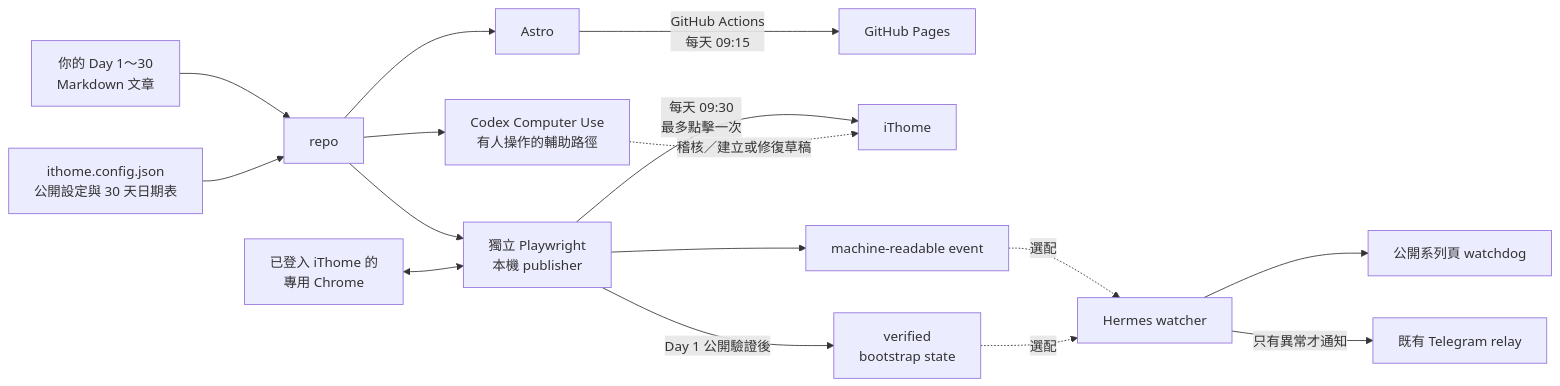
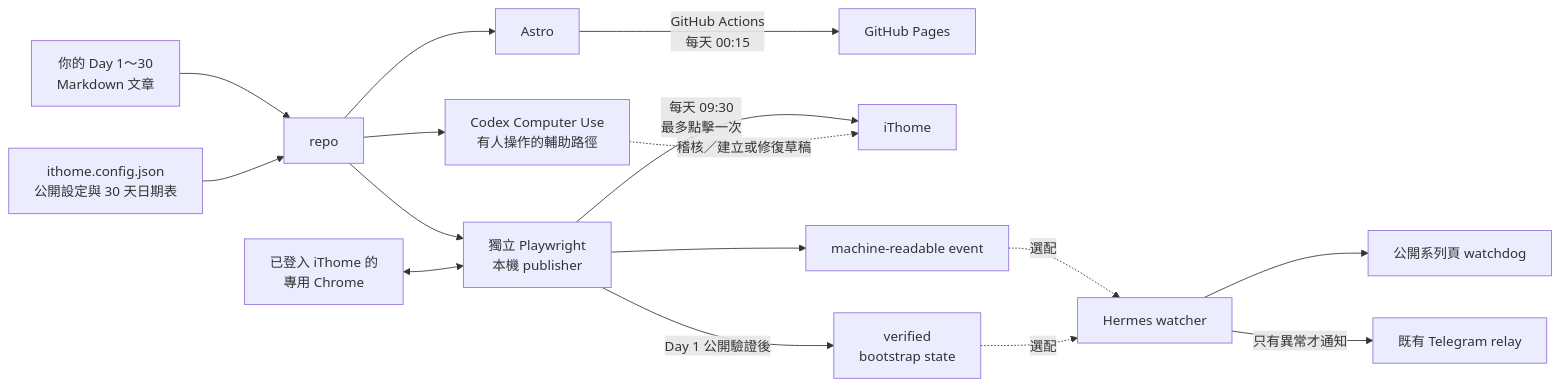
Before and after one commit to gcake119/ithome-2026: the diagram in README.md, drawn with Mermaid. The commit also changed other lines of this file, not shown here.

````diff
--- a/README.md
+++ b/README.md
@@ -48,22 +134,22 @@
 ```mermaid
 flowchart LR
     A[你的 Day 1～30<br/>Markdown 文章] --> C[repo]
     B[ithome.config.json<br/>公開設定與 30 天日期表] --> C
 
     C --> D[Astro]
-    D -->|GitHub Actions<br/>每天 09:15| E[GitHub Pages]
+    D -->|GitHub Actions<br/>每天 00:15| E[GitHub Pages]
 
     C --> F[獨立 Playwright<br/>本機 publisher]
     G[已登入 iThome 的<br/>專用 Chrome] <--> F
     F -->|每天 09:30<br/>最多點擊一次| H[iThome]
 
     C --> N[Codex Computer Use<br/>有人操作的輔助路徑]
     N -. 稽核／建立或修復草稿 .-> H
 
     F --> I[machine-readable event]
     F -->|Day 1 公開驗證後| J[verified<br/>bootstrap state]
     I -. 選配 .-> K[Hermes watcher]
     J -. 選配 .-> K
     K --> L[公開系列頁 watchdog]
     K -->|只有異常才通知| M[既有 Telegram relay]
 ```
````
